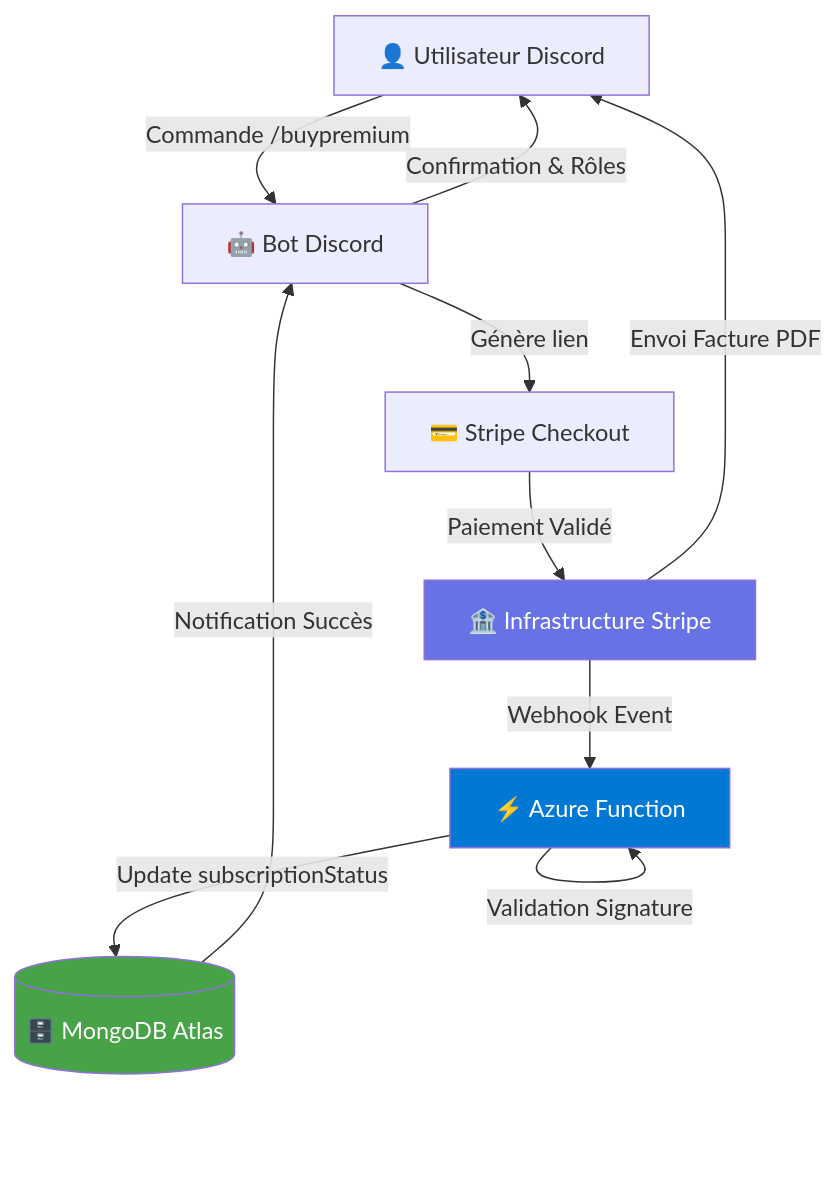
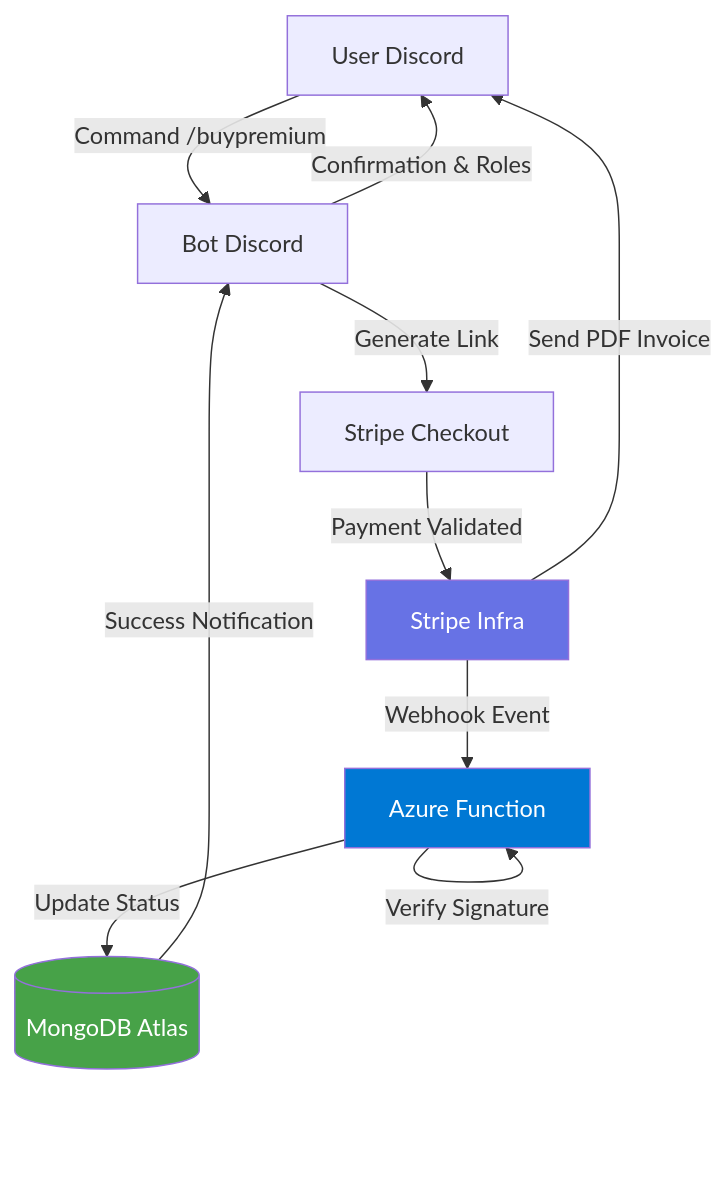
The second of 2 diagrams in README.md (Yvan4001/searchAnimeManga-showcase), drawn with Mermaid before and after one commit.

Commit message:
Refactor payment flow diagram in README.md for clarity and consistency

````diff
--- a/README.md
+++ b/README.md
@@ -473,24 +473,18 @@
 ```mermaid
 graph TD
-    %% User Action
-    U[👤 Utilisateur Discord] -->|Commande /buypremium| B[🤖 Bot Discord]
+    U[User Discord] -->|Command /buypremium| B[Bot Discord]
+    B -->|Generate Link| S[Stripe Checkout]
+    S -->|Payment Validated| SP[Stripe Infra]
 
-    %% Payment Flow
-    B -->|Génère lien| S[💳 Stripe Checkout]
-    S -->|Paiement Validé| SP[🏦 Infrastructure Stripe]
+    SP -->|Send PDF Invoice| U
+    SP -->|Webhook Event| AF[Azure Function]
 
-    %% Asynchronous Processes
-    SP -->|Envoi Facture PDF| U
-    SP -->|Webhook Event| AF[⚡ Azure Function]
+    AF -->|Verify Signature| AF
+    AF -->|Update Status| DB[(MongoDB Atlas)]
+    DB -->|Success Notification| B
+    B -->|Confirmation & Roles| U
 
-    %% Business Logic
-    AF -->|Validation Signature| AF
-    AF -->|Update subscriptionStatus| DB[(🗄️ MongoDB Atlas)]
-    DB -->|Notification Succès| B
-    B -->|Confirmation & Rôles| U
-
-    %% Styling
     style SP fill:#6772e5,color:#fff
     style AF fill:#0078d4,color:#fff
     style DB fill:#47a248,color:#fff
 ```
````
